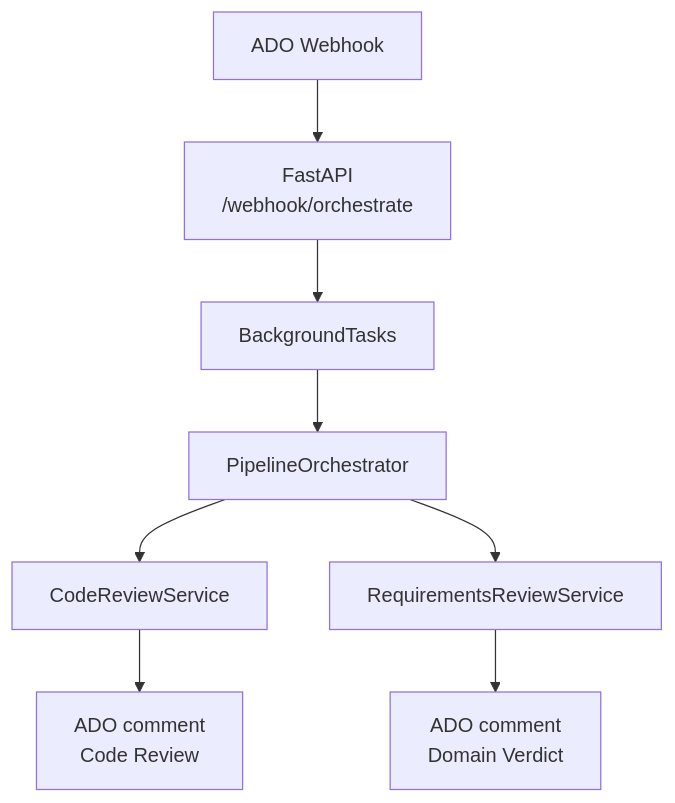
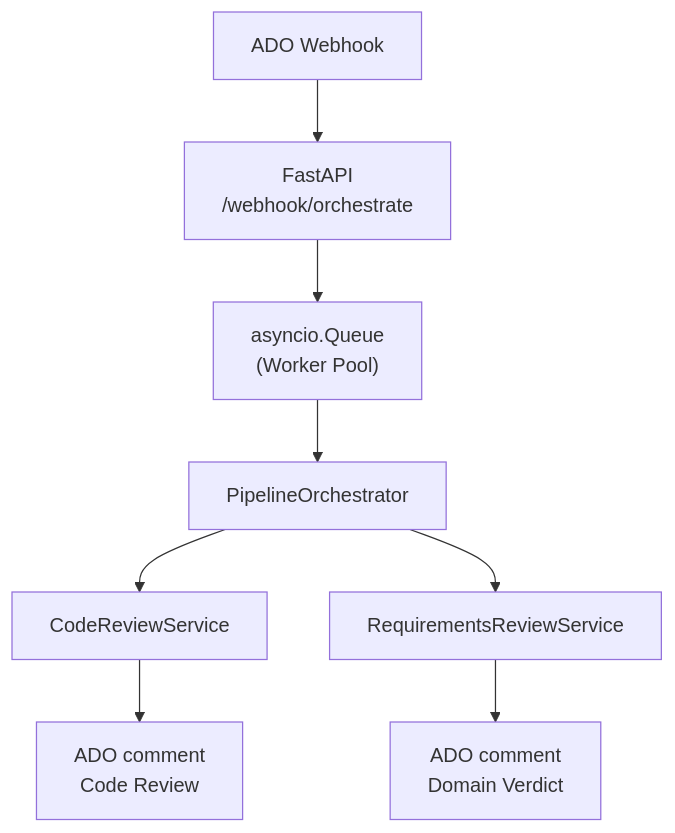
The diagram in README.md (BrunoMTeixeira/scopereview-ai), drawn with Mermaid before and after one commit. The commit also changed other lines of this file and 24 other files, not shown here.

First line of the commit message:
Refactor: Implement asyncio.Queue worker pool and extract Domain layer

````diff
--- a/README.md
+++ b/README.md
@@ -23,18 +23,18 @@
 ```mermaid
 graph TD
     A["ADO Webhook"]
     B["FastAPI<br/>/webhook/orchestrate"]
-    C["BackgroundTasks"]
+    C["asyncio.Queue<br/>(Worker Pool)"]
     D["PipelineOrchestrator"]
     E["CodeReviewService"]
     F["ADO comment<br/>Code Review"]
     G["RequirementsReviewService"]
     H["ADO comment<br/>Domain Verdict"]
     A --> B
     B --> C
     C --> D
     D --> E
     D --> G
     E --> F
     G --> H
 ```
````
